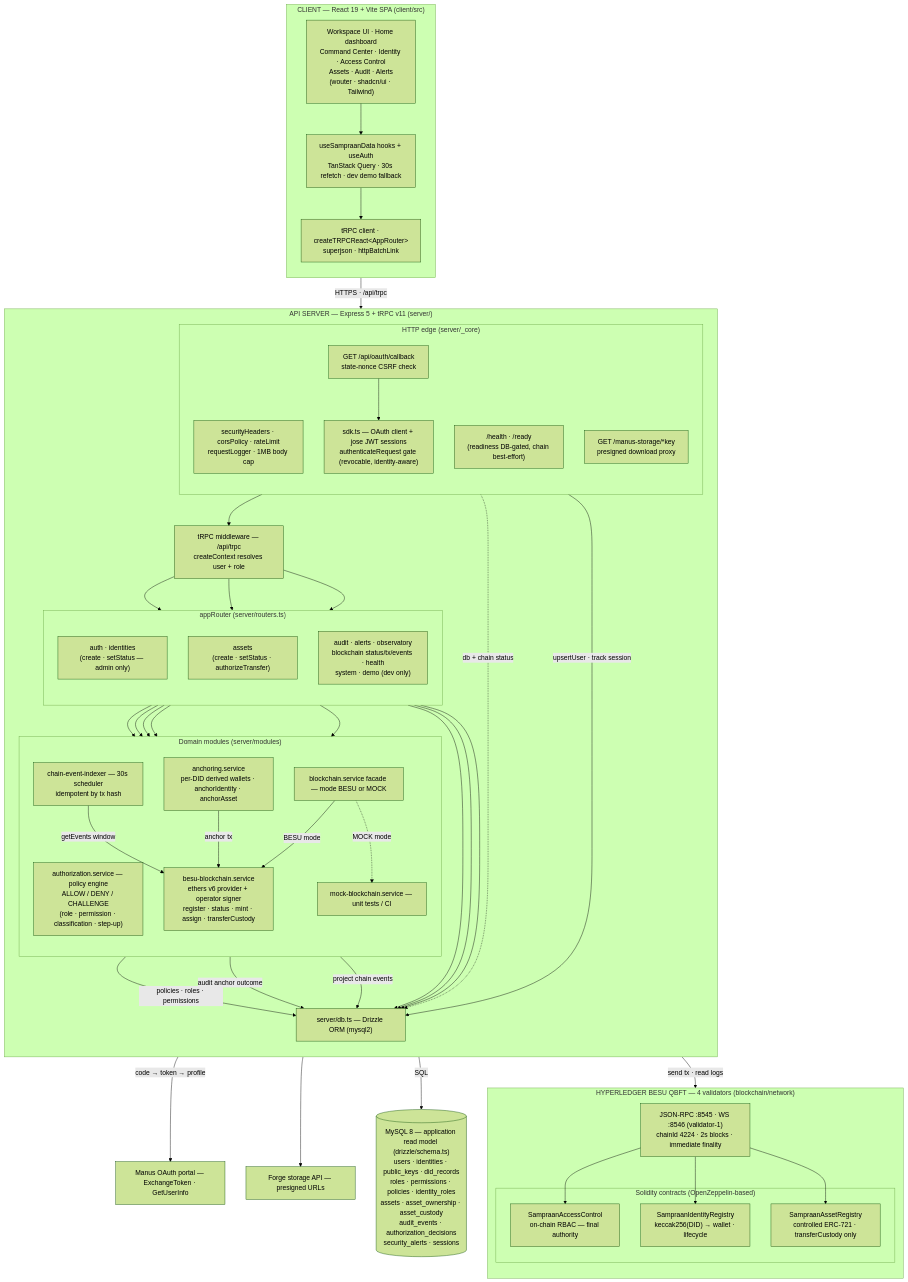
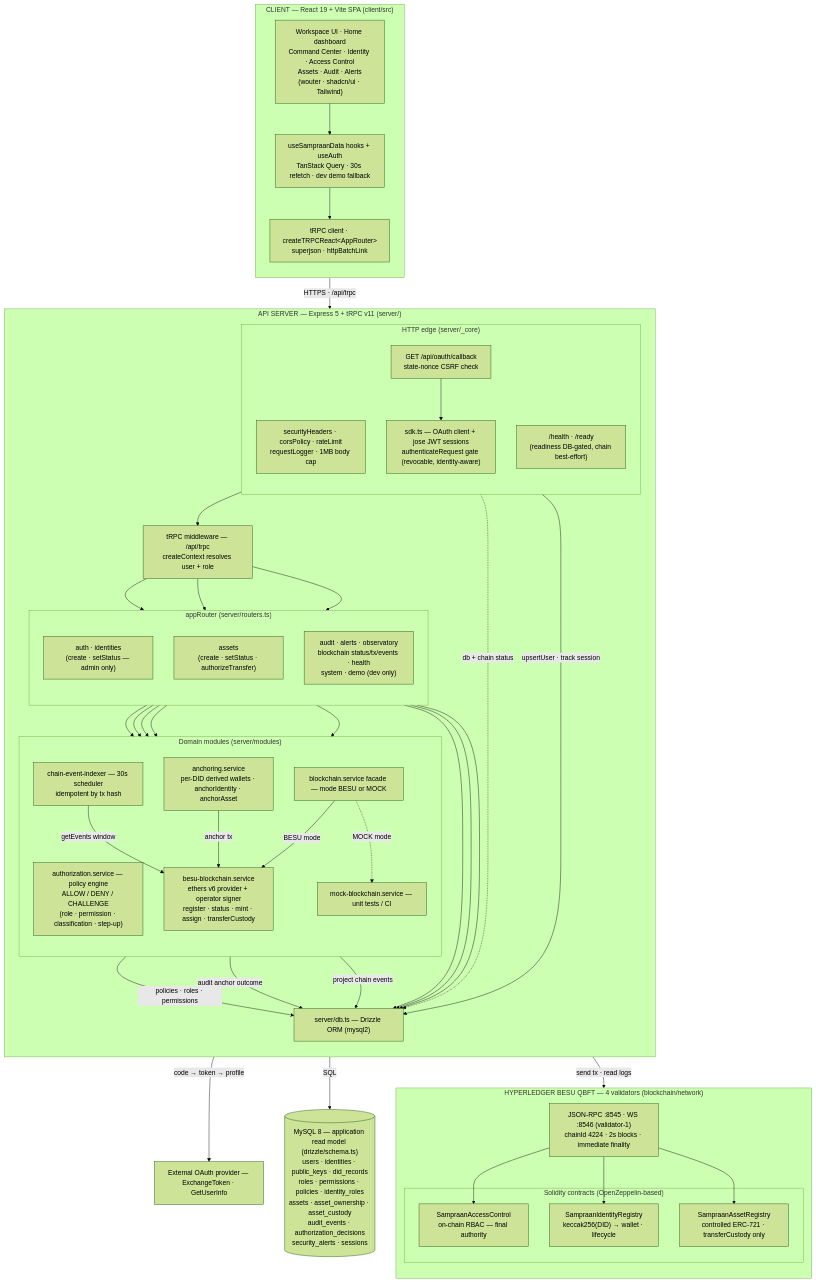
One commit to priyanshuuzz/sampraan changed the first of 4 diagrams in docs/architecture-diagram.md. Above: the diagram before and after it, drawn with Mermaid (forest theme). The commit also changed other lines of this file and 28 other files, not shown here.

```diff
--- a/docs/architecture-diagram.md
+++ b/docs/architecture-diagram.md
@@ -28,7 +28,6 @@
             SEC["securityHeaders · corsPolicy · rateLimit<br/>requestLogger · 1MB body cap"]
             HEALTH["/health · /ready<br/>(readiness DB-gated, chain best-effort)"]
             OAUTHCB["GET /api/oauth/callback<br/>state-nonce CSRF check"]
-            STORPROXY["GET /manus-storage/*key<br/>presigned download proxy"]
             SDK["sdk.ts — OAuth client + jose JWT sessions<br/>authenticateRequest gate (revocable, identity-aware)"]
         end
 
@@ -71,8 +70,7 @@
         RPC --> AR
     end
 
-    OAUTHPORTAL["Manus OAuth portal — ExchangeToken · GetUserInfo"]
-    FORGE["Forge storage API — presigned URLs"]
+    OAUTHPORTAL["External OAuth provider — ExchangeToken · GetUserInfo"]
 
     %% ============ FLOWS ============
     TCLIENT -->|"HTTPS · /api/trpc"| SEC
@@ -81,7 +79,6 @@
     OAUTHCB --> SDK
     SDK -->|"code → token → profile"| OAUTHPORTAL
     SDK -->|"upsertUser · track session"| DBLAYER
-    STORPROXY --> FORGE
 
     TRPCMOUNT --> RAUTH
     TRPCMOUNT --> RASSET
```
